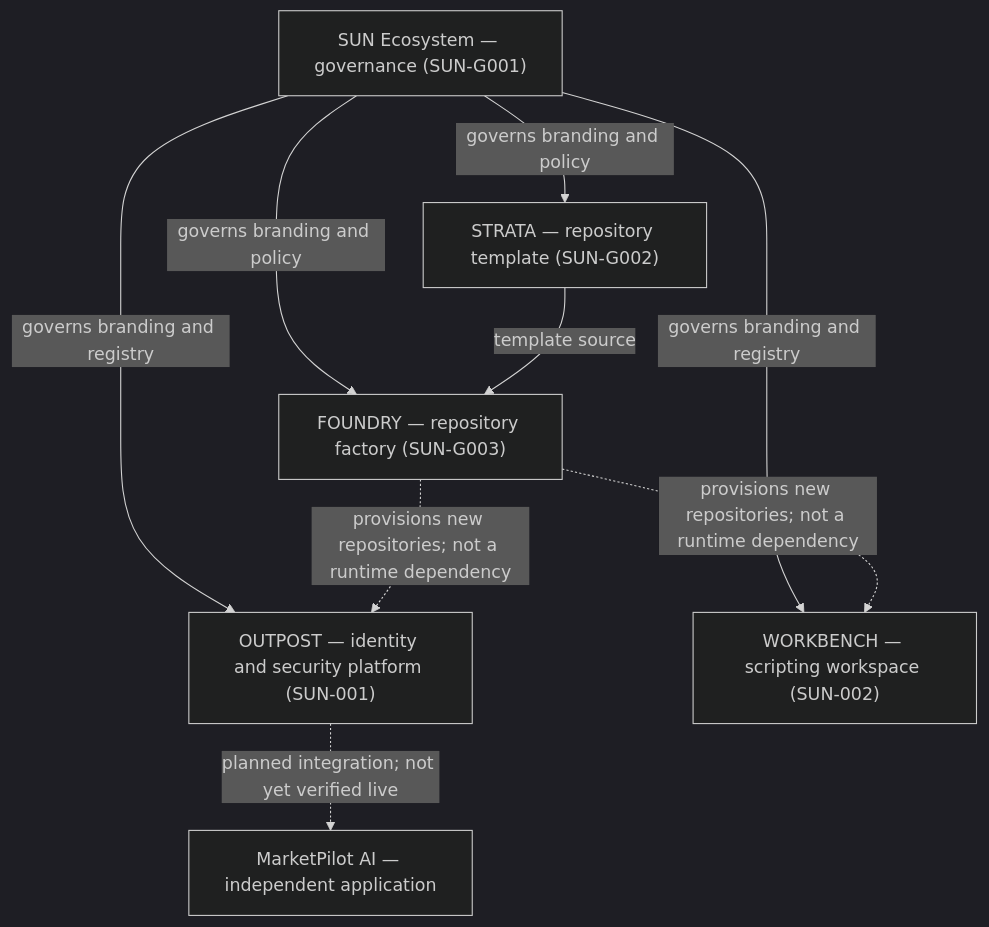
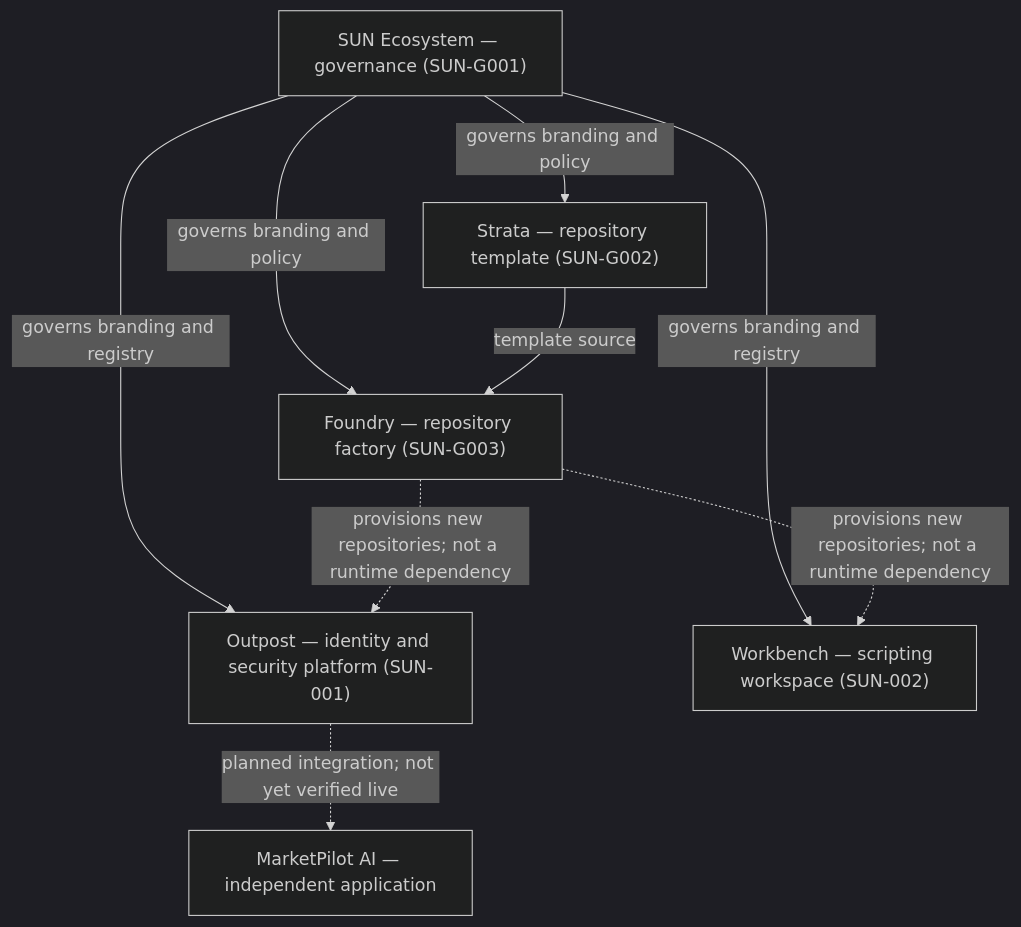
One commit to sunstriker2009/sun-ecosystem changed the diagram in docs/architecture/ECOSYSTEM-MAP.md. Above: the diagram before and after it, drawn with Mermaid (dark theme). The commit also changed other lines of this file and 17 other files, not shown here.

Commit message:
docs(branding): standardize SUN display names and brand character

````diff
--- a/docs/architecture/ECOSYSTEM-MAP.md
+++ b/docs/architecture/ECOSYSTEM-MAP.md
@@ -6,18 +6,18 @@
 ```mermaid
 flowchart TD
     SUN["SUN Ecosystem — governance (SUN-G001)"]
-    STRATA["STRATA — repository template (SUN-G002)"]
-    FOUNDRY["FOUNDRY — repository factory (SUN-G003)"]
-    ORYVA["OUTPOST — identity and security platform (SUN-001)"]
-    WORKBENCH["WORKBENCH — scripting workspace (SUN-002)"]
+    Strata["Strata — repository template (SUN-G002)"]
+    Foundry["Foundry — repository factory (SUN-G003)"]
+    Outpost["Outpost — identity and security platform (SUN-001)"]
+    Workbench["Workbench — scripting workspace (SUN-002)"]
     MARKET["MarketPilot AI — independent application"]
 
-    SUN -->|governs branding and policy| STRATA
-    SUN -->|governs branding and policy| FOUNDRY
-    SUN -->|governs branding and registry| ORYVA
-    SUN -->|governs branding and registry| WORKBENCH
-    STRATA -->|template source| FOUNDRY
-    FOUNDRY -.->|provisions new repositories; not a runtime dependency| ORYVA
-    FOUNDRY -.->|provisions new repositories; not a runtime dependency| WORKBENCH
-    ORYVA -.->|planned integration; not yet verified live| MARKET
+    SUN -->|governs branding and policy| Strata
+    SUN -->|governs branding and policy| Foundry
+    SUN -->|governs branding and registry| Outpost
+    SUN -->|governs branding and registry| Workbench
+    Strata -->|template source| Foundry
+    Foundry -.->|provisions new repositories; not a runtime dependency| Outpost
+    Foundry -.->|provisions new repositories; not a runtime dependency| Workbench
+    Outpost -.->|planned integration; not yet verified live| MARKET
 ```
````
